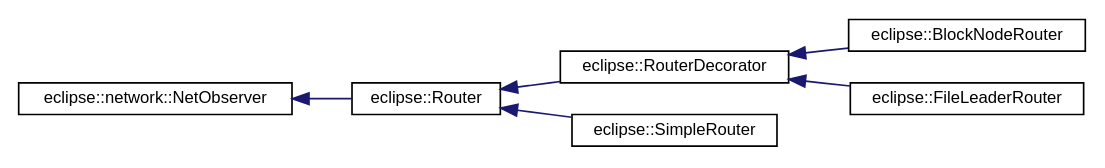
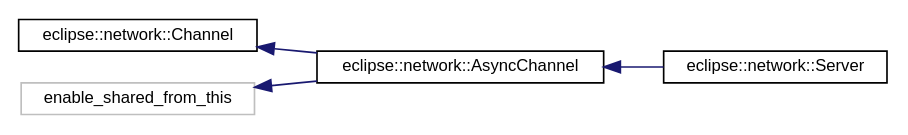
One commit to DICL/VeloxDFS changed the diagram in inherit_graph_10.dot. Above: the diagram before and after it, drawn with Graphviz. The commit also changed 615 other files, not shown here.

```diff
--- a/inherit_graph_10.dot
+++ b/inherit_graph_10.dot
@@ -1,17 +1,13 @@
-digraph G
+digraph "Graphical Class Hierarchy"
 {
   edge [fontname="Helvetica",fontsize="10",labelfontname="Helvetica",labelfontsize="10"];
   node [fontname="Helvetica",fontsize="10",shape=record];
   rankdir="LR";
-  Node1 [label="eclipse::network::NetObserver",height=0.2,width=0.4,color="black", fillcolor="white", style="filled",URL="$structeclipse_1_1network_1_1NetObserver.html"];
+  Node1 [label="eclipse::network::Channel",height=0.2,width=0.4,color="black", fillcolor="white", style="filled",URL="$classeclipse_1_1network_1_1Channel.html"];
   Node1 -> Node2 [dir="back",color="midnightblue",fontsize="10",style="solid",fontname="Helvetica"];
-  Node2 [label="eclipse::Router",height=0.2,width=0.4,color="black", fillcolor="white", style="filled",URL="$classeclipse_1_1Router.html"];
+  Node2 [label="eclipse::network::AsyncChannel",height=0.2,width=0.4,color="black", fillcolor="white", style="filled",URL="$classeclipse_1_1network_1_1AsyncChannel.html",tooltip="Represent an opened channel between two endpoints. "];
   Node2 -> Node3 [dir="back",color="midnightblue",fontsize="10",style="solid",fontname="Helvetica"];
-  Node3 [label="eclipse::RouterDecorator",height=0.2,width=0.4,color="black", fillcolor="white", style="filled",URL="$classeclipse_1_1RouterDecorator.html"];
-  Node3 -> Node4 [dir="back",color="midnightblue",fontsize="10",style="solid",fontname="Helvetica"];
-  Node4 [label="eclipse::BlockNodeRouter",height=0.2,width=0.4,color="black", fillcolor="white", style="filled",URL="$classeclipse_1_1BlockNodeRouter.html"];
-  Node3 -> Node5 [dir="back",color="midnightblue",fontsize="10",style="solid",fontname="Helvetica"];
-  Node5 [label="eclipse::FileLeaderRouter",height=0.2,width=0.4,color="black", fillcolor="white", style="filled",URL="$classeclipse_1_1FileLeaderRouter.html"];
-  Node2 -> Node6 [dir="back",color="midnightblue",fontsize="10",style="solid",fontname="Helvetica"];
-  Node6 [label="eclipse::SimpleRouter",height=0.2,width=0.4,color="black", fillcolor="white", style="filled",URL="$classeclipse_1_1SimpleRouter.html"];
+  Node3 [label="eclipse::network::Server",height=0.2,width=0.4,color="black", fillcolor="white", style="filled",URL="$classeclipse_1_1network_1_1Server.html"];
+  Node4 [label="enable_shared_from_this",height=0.2,width=0.4,color="grey75", fillcolor="white", style="filled"];
+  Node4 -> Node2 [dir="back",color="midnightblue",fontsize="10",style="solid",fontname="Helvetica"];
 }
```
